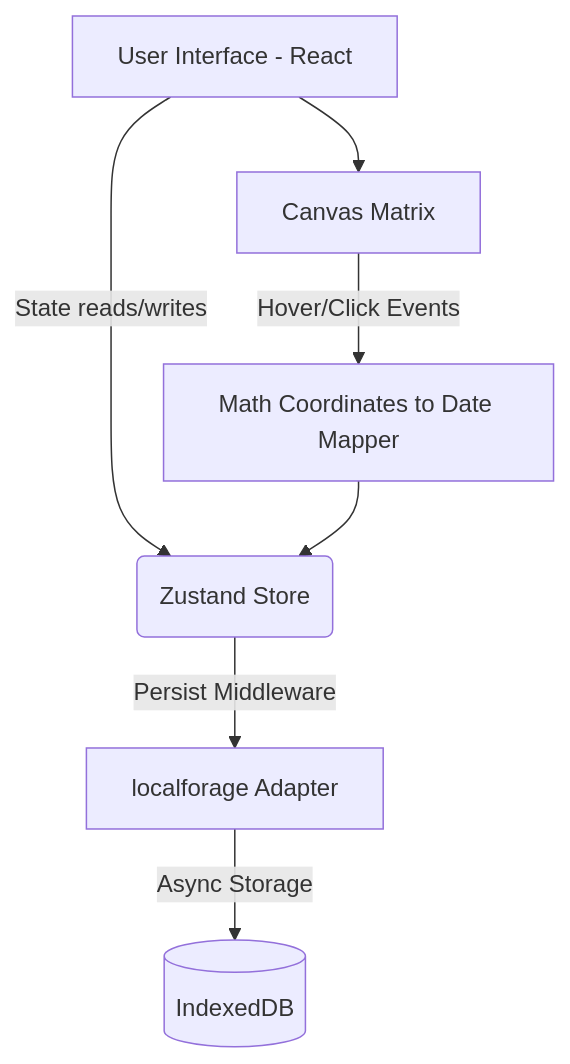
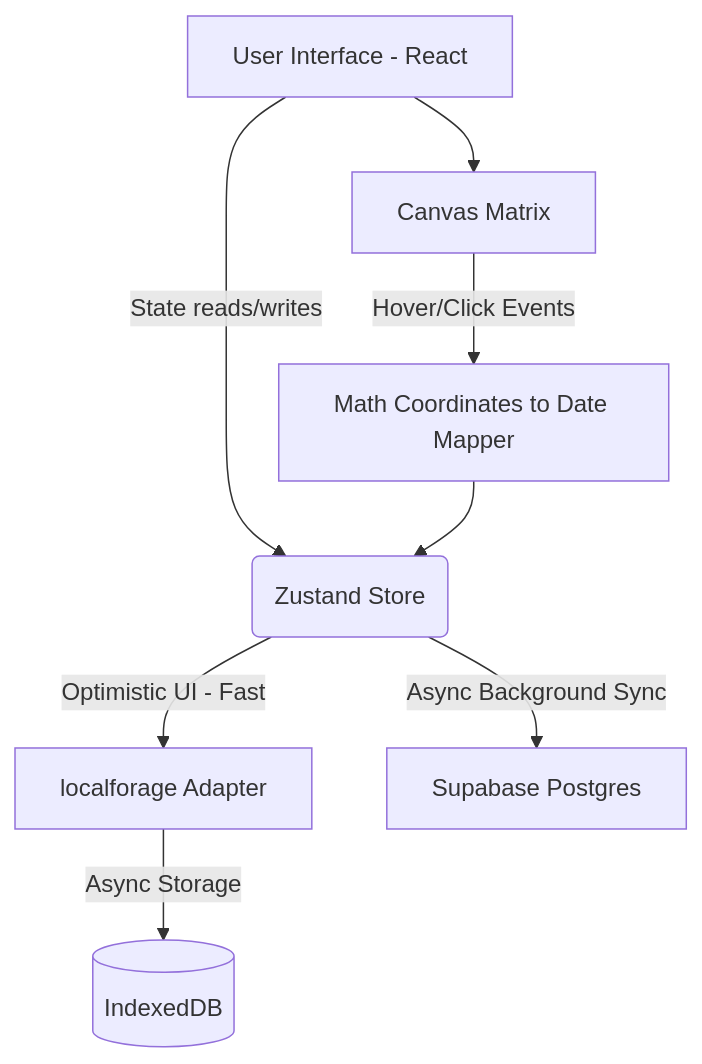
Before and after one commit to PundarikakshNTripathi/Kairos: the diagram in README.md, drawn with Mermaid. The commit also changed other lines of this file, not shown here.

Commit message:
docs: update README with Vercel instructions and Supabase architecture

````diff
--- a/README.md
+++ b/README.md
@@ -37,10 +37,11 @@
 ```mermaid
 graph TD
     A[User Interface - React] -->|State reads/writes| B(Zustand Store)
-    B -->|Persist Middleware| C[localforage Adapter]
+    B -->|Optimistic UI - Fast| C[localforage Adapter]
+    B -->|Async Background Sync| G[Supabase Postgres]
     C -->|Async Storage| D[(IndexedDB)]
     
     A --> E[Canvas Matrix]
     E -->|Hover/Click Events| F[Math Coordinates to Date Mapper]
     F --> B
 ```
````
